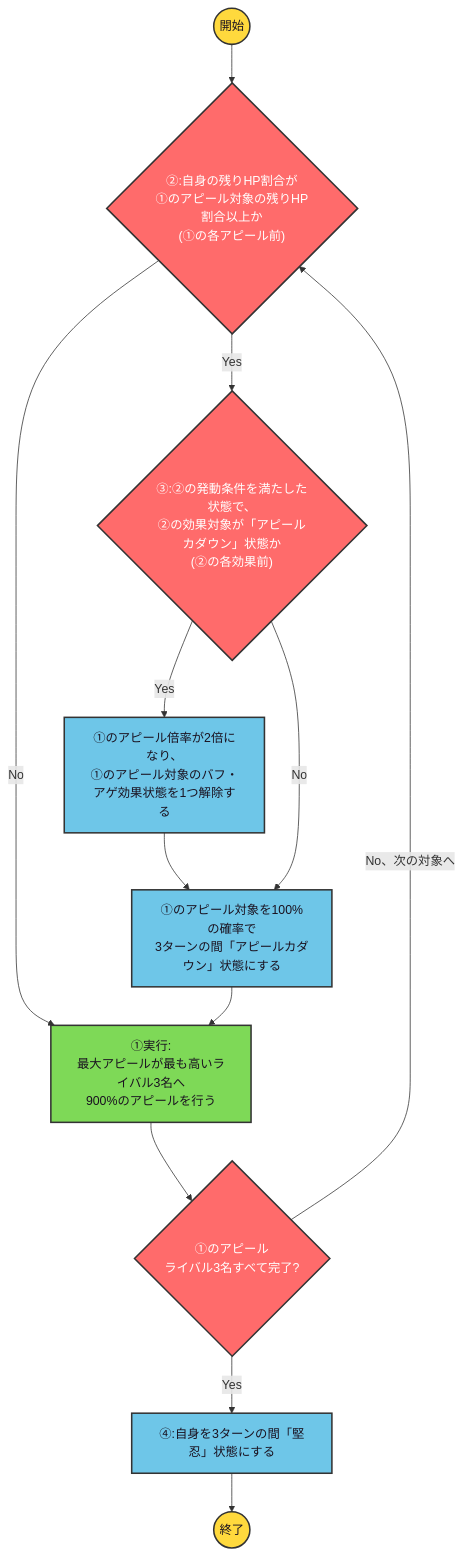
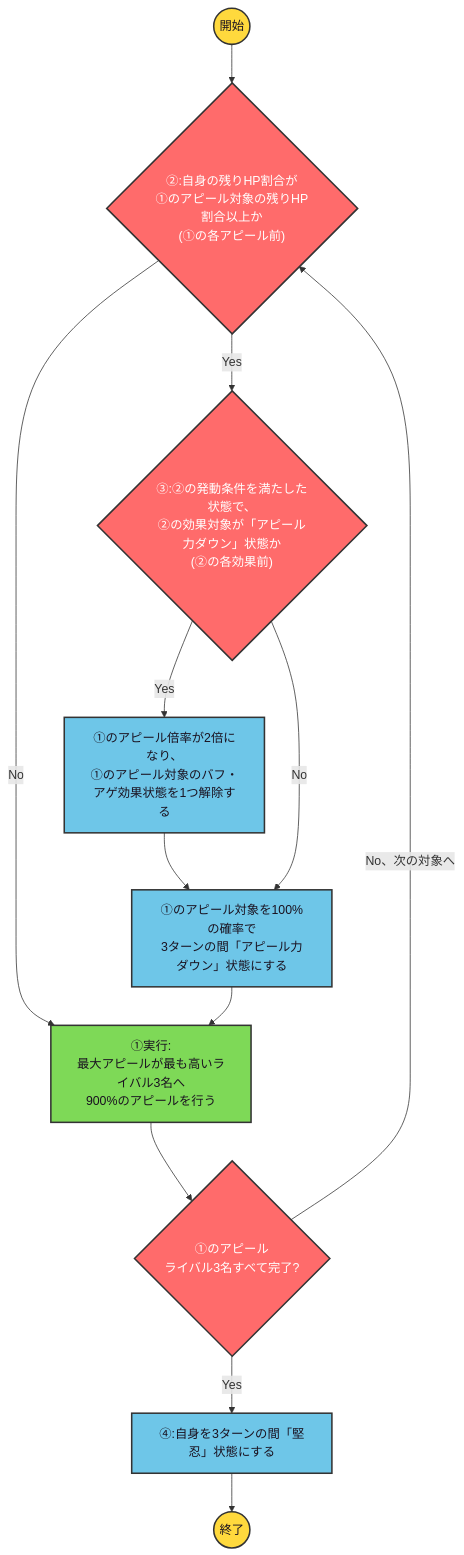
One commit to ryomochi0918/nogifra-characters changed the diagram in data/seimiya_rei/11thbasura4kisei_skill1.mmd. Above: the diagram before and after it, drawn with Mermaid. The commit also changed 19 other files, not shown here.

```diff
--- a/data/seimiya_rei/11thbasura4kisei_skill1.mmd
+++ b/data/seimiya_rei/11thbasura4kisei_skill1.mmd
@@ -1,15 +1,15 @@
 flowchart TD
     classDef startend fill:#FFD93D,stroke:#333,stroke-width:2px,color:#1a1220;
     classDef cond fill:#FF6B6B,stroke:#333,stroke-width:2px,color:#ffffff;
     classDef effect fill:#6EC6E8,stroke:#333,stroke-width:2px,color:#1a1220;
     classDef action fill:#7ED957,stroke:#333,stroke-width:2px,color:#1a1220;
 
     start(("開始")):::startend --> c2{"②:自身の残りHP割合が<br/>①のアピール対象の残りHP割合以上か<br/>(①の各アピール前)"}:::cond
-    c2 -->|"Yes"| c3{"③:②の発動条件を満たした状態で、<br/>②の効果対象が「アピールカダウン」状態か<br/>(②の各効果前)"}:::cond
+    c2 -->|"Yes"| c3{"③:②の発動条件を満たした状態で、<br/>②の効果対象が「アピール力ダウン」状態か<br/>(②の各効果前)"}:::cond
     c2 -->|"No"| a1
     c3 -->|"Yes"| e3["①のアピール倍率が2倍になり、<br/>①のアピール対象のバフ・アゲ効果状態を1つ解除する"]:::effect --> e2
-    c3 -->|"No"| e2["①のアピール対象を100%の確率で<br/>3ターンの間「アピールカダウン」状態にする"]:::effect
+    c3 -->|"No"| e2["①のアピール対象を100%の確率で<br/>3ターンの間「アピール力ダウン」状態にする"]:::effect
     e2 --> a1["①実行:<br/>最大アピールが最も高いライバル3名へ<br/>900%のアピールを行う"]:::action
     a1 --> lc1{"①のアピール<br/>ライバル3名すべて完了?"}:::cond
     lc1 -->|"No、次の対象へ"| c2
     lc1 -->|"Yes"| e4["④:自身を3ターンの間「堅忍」状態にする"]:::effect --> finish(("終了")):::startend
```
